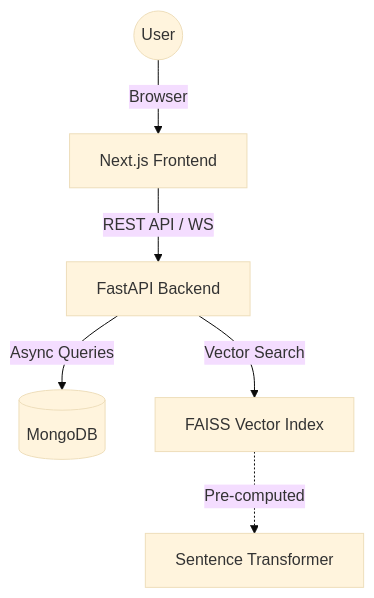
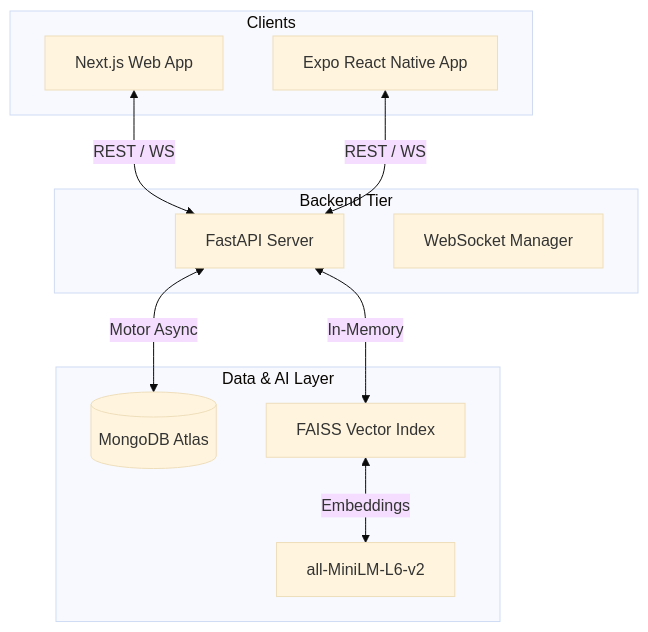
The diagram in Project_Documentation.md (AshrayVB30/Alumni-Nexus), drawn with Mermaid (base theme) before and after one commit. The commit also changed other lines of this file and 50 other files, not shown here.

````diff
--- a/Project_Documentation.md
+++ b/Project_Documentation.md
@@ -43,8 +25,24 @@
 ```mermaid
 graph TD
-    User((User)) -->|Browser| Frontend[Next.js Frontend]
-    Frontend -->|REST API / WS| Backend[FastAPI Backend]
-    Backend -->|Async Queries| MongoDB[(MongoDB)]
-    Backend -->|Vector Search| FAISS[FAISS Vector Index]
-    FAISS -.->|Pre-computed| Embeddings[Sentence Transformer]
+    subgraph "Clients"
+        Web[Next.js Web App]
+        Mobile[Expo React Native App]
+    end
+
+    subgraph "Backend Tier"
+        API[FastAPI Server]
+        WS[WebSocket Manager]
+    end
+
+    subgraph "Data & AI Layer"
+        DB[(MongoDB Atlas)]
+        FAISS[FAISS Vector Index]
+        Model[all-MiniLM-L6-v2]
+    end
+
+    Web <-->|REST / WS| API
+    Mobile <-->|REST / WS| API
+    API <-->|Motor Async| DB
+    API <-->|In-Memory| FAISS
+    FAISS <-->|Embeddings| Model
 ```
````
